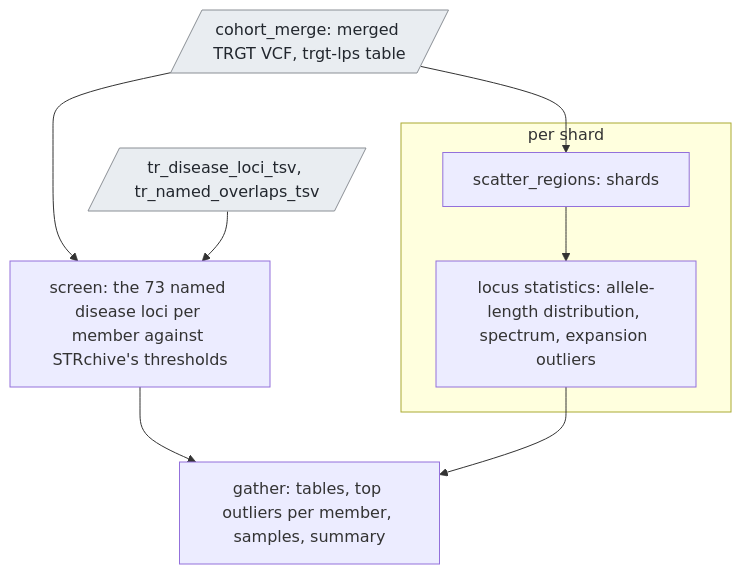
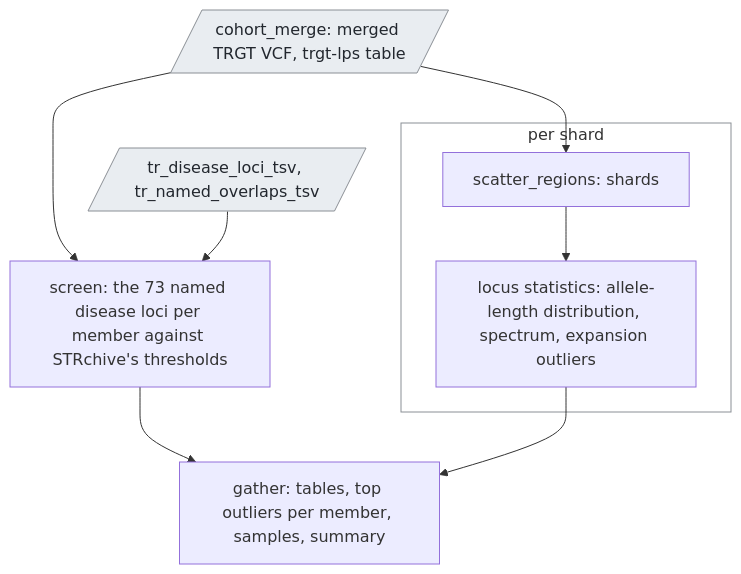
Before and after one commit to UppsalaGenomeCenter/ugc-wgw: the diagram in docs/guide/stages/cohort_tr.md, drawn with Mermaid. The commit also changed 19 other files, not shown here.

````diff
--- a/docs/guide/stages/cohort_tr.md
+++ b/docs/guide/stages/cohort_tr.md
@@ -21,12 +21,14 @@
 ```mermaid
 flowchart TD
   cm[/"cohort_merge: merged TRGT VCF, trgt-lps table"/]:::data --> scr["screen: the 73 named disease loci per member against STRchive's thresholds"]
   ref[/"tr_disease_loci_tsv, tr_named_overlaps_tsv"/]:::data --> scr
   cm --> reg["scatter_regions: shards"]
   subgraph s["per shard"]
     reg --> st["locus statistics: allele-length distribution, spectrum, expansion outliers"]
   end
   scr --> g["gather: tables, top outliers per member, samples, summary"]
   st --> g
   classDef data fill:#e9edf1,stroke:#8a8f95,color:#22272e
+  classDef box fill:none,stroke:#8a8f95
+  class s box
 ```
````
